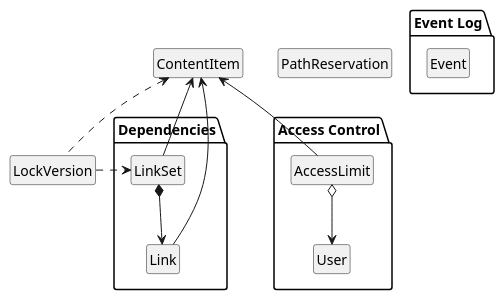
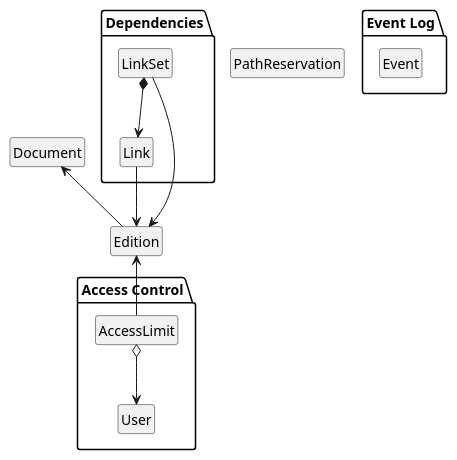
The diagram in doc/model/object-model.plantuml (alphagov/publishing-api), drawn with PlantUML before and after one commit. The commit also changed 1 other file, not shown here.

```diff
--- a/doc/model/object-model.plantuml
+++ b/doc/model/object-model.plantuml
@@ -1,35 +1,34 @@
 @startuml
 
 hide circle
 hide empty fields
 hide empty methods
 
-class ContentItem
-class LockVersion
+class Document
+class Edition
 class PathReservation
 
 package "Dependencies" {
   class LinkSet
   class Link
 }
 
 package "Event Log" {
   class Event
 }
 
 package "Access Control" {
   class AccessLimit
   class User
 }
 
-ContentItem <-- LinkSet
-ContentItem <-up- Link
+Edition <-- LinkSet
+Edition <-up- Link
 LinkSet *--> Link
 
-ContentItem <.. LockVersion
-
-ContentItem <-down- AccessLimit
-LockVersion ..> LinkSet
+Edition <-down- AccessLimit
 AccessLimit o--> User
 
+Document <-- Edition
+
 @enduml
```
